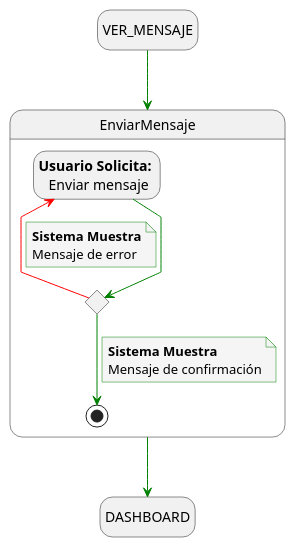
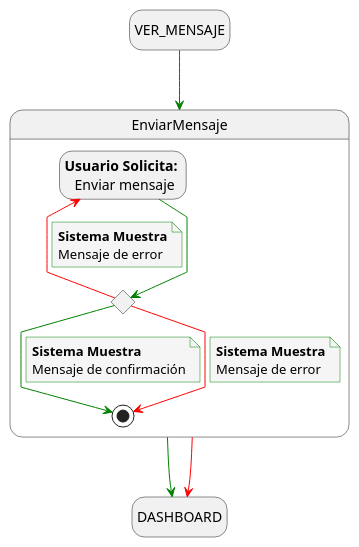
One commit to mmasias/24-25-IdSw1-SDR changed the diagram in docs/casosDeUso/detalladoCasosDeUso/detalladoEnvioMensajes/detalladoEnvioMensaje.puml. Above: the diagram before and after it, drawn with PlantUML. The commit also changed 1 other file, not shown here.

Commit message:
FIX/ agregar mensajes de error en la creación y envío de mensajes

```diff
--- a/docs/casosDeUso/detalladoCasosDeUso/detalladoEnvioMensajes/detalladoEnvioMensaje.puml
+++ b/docs/casosDeUso/detalladoCasosDeUso/detalladoEnvioMensajes/detalladoEnvioMensaje.puml
@@ -1,38 +1,45 @@
 @startuml enviar_mensaje
 
 skinparam {
   NoteBackgroundColor #whiteSmoke
   ArrowColor #green
   NoteBorderColor #green
   linetype polyline
 }
 
 hide empty description
 
 state startState as "VER_MENSAJE"
 state endState as "DASHBOARD"
 
 startState --> EnviarMensaje
 
 EnviarMensaje--> endState
+EnviarMensaje -[#red]-> endState
 
 state EnviarMensaje{
     state revisionFiltrosEnviados <<choice>>
     state usuarioSolicita as "<b>Usuario Solicita:</b> \n Enviar mensaje"
 
     usuarioSolicita --> revisionFiltrosEnviados 
 
     revisionFiltrosEnviados -[#red]l-> usuarioSolicita 
     note on link
         <b>Sistema Muestra</b>
         Mensaje de error
     end note
 
     revisionFiltrosEnviados --> [*]
     note on link
         <b>Sistema Muestra</b>
         Mensaje de confirmación
     end note
+
+    revisionFiltrosEnviados -[#red]-> [*]
+    note on link
+        <b>Sistema Muestra</b>
+        Mensaje de error
+    end note
 }
 
 @enduml
```
